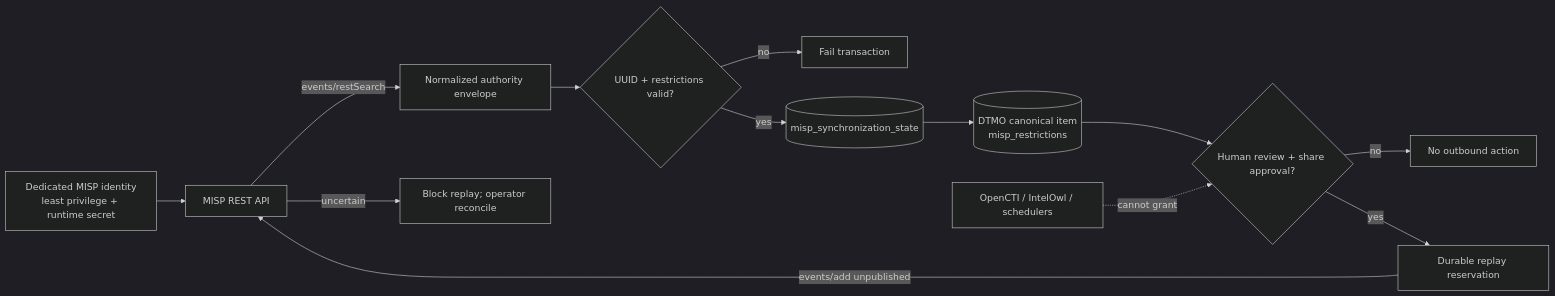
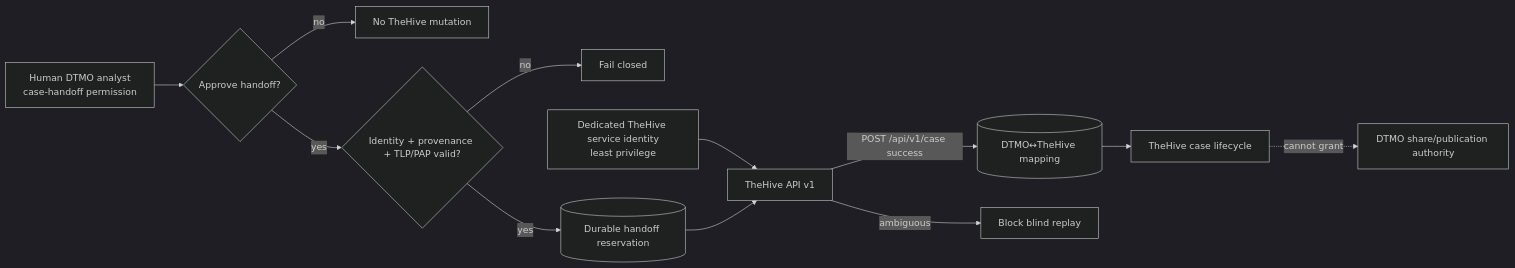
Before and after one commit to GJvManen/dtmo: the diagram in docs/security/SECURITY_OVERVIEW.md, drawn with Mermaid (dark theme). The commit also changed other lines of this file, not shown here.

Commit message:
Reconcile security overview for TheHive contract

````diff
--- a/docs/security/SECURITY_OVERVIEW.md
+++ b/docs/security/SECURITY_OVERVIEW.md
@@ -61,15 +54,14 @@
 ```mermaid
 flowchart LR
-    I[Dedicated MISP identity\nleast privilege + runtime secret] --> M[MISP REST API]
-    M -->|events/restSearch| N[Normalized authority envelope]
-    N --> V{UUID + restrictions valid?}
-    V -->|no| X[Fail transaction]
-    V -->|yes| S[(misp_synchronization_state)]
-    S --> D[(DTMO canonical item\nmisp_restrictions)]
-    D --> H{Human review + share approval?}
-    H -->|no| Z[No outbound action]
-    H -->|yes| P[Durable replay reservation]
-    P -->|events/add unpublished| M
-    M -->|uncertain| U[Block replay; operator reconcile]
-    O[OpenCTI / IntelOwl / schedulers] -. cannot grant .-> H
+    H[Human DTMO analyst\ncase-handoff permission] --> A{Approve handoff?}
+    A -->|no| N[No TheHive mutation]
+    A -->|yes| V{Identity + provenance + TLP/PAP valid?}
+    V -->|no| X[Fail closed]
+    V -->|yes| R[(Durable handoff reservation)]
+    I[Dedicated TheHive service identity\nleast privilege] --> C[TheHive API v1]
+    R --> C
+    C -->|POST /api/v1/case success| M[(DTMO↔TheHive mapping)]
+    C -->|ambiguous| U[Block blind replay]
+    M --> L[TheHive case lifecycle]
+    L -. cannot grant .-> S[DTMO share/publication authority]
 ```
````
